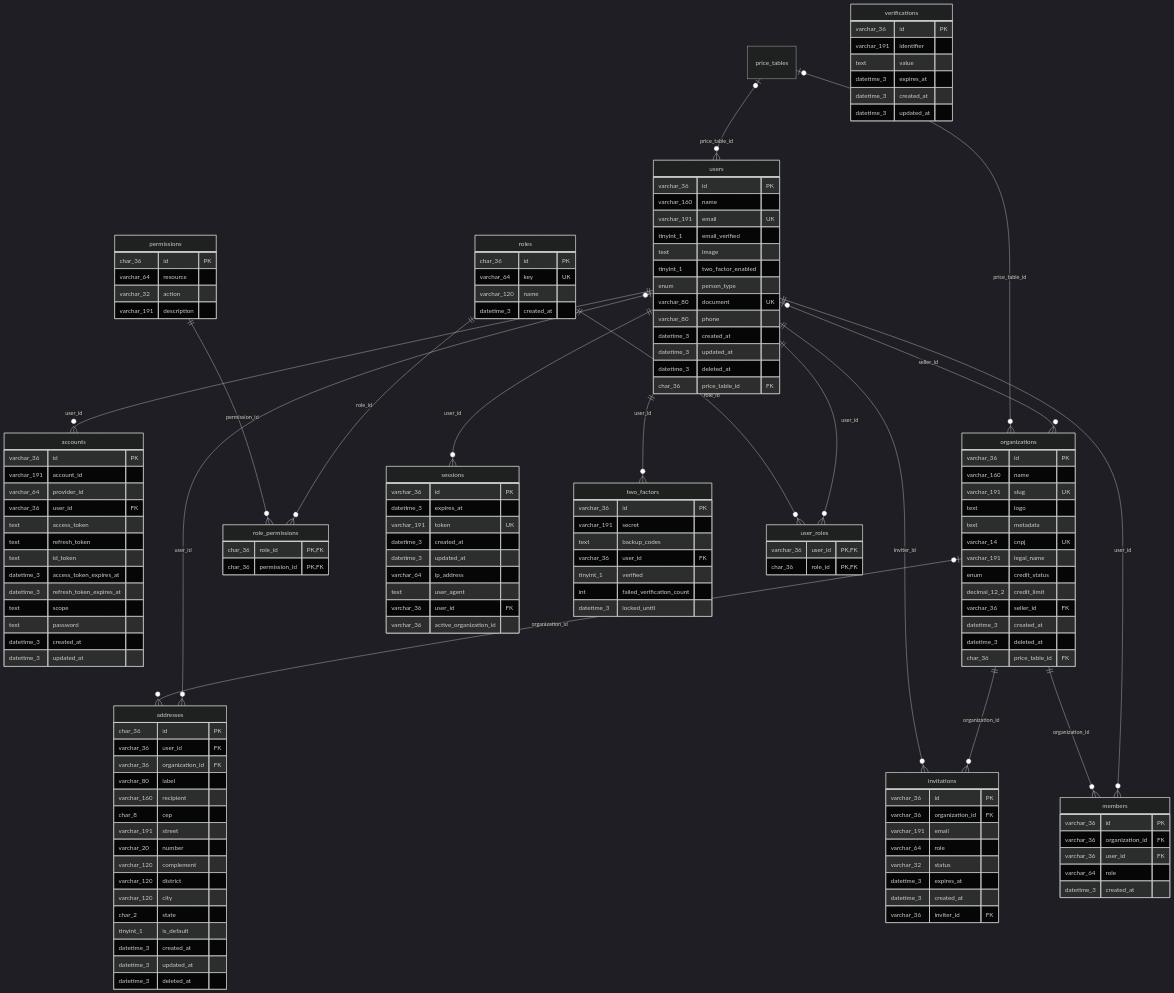
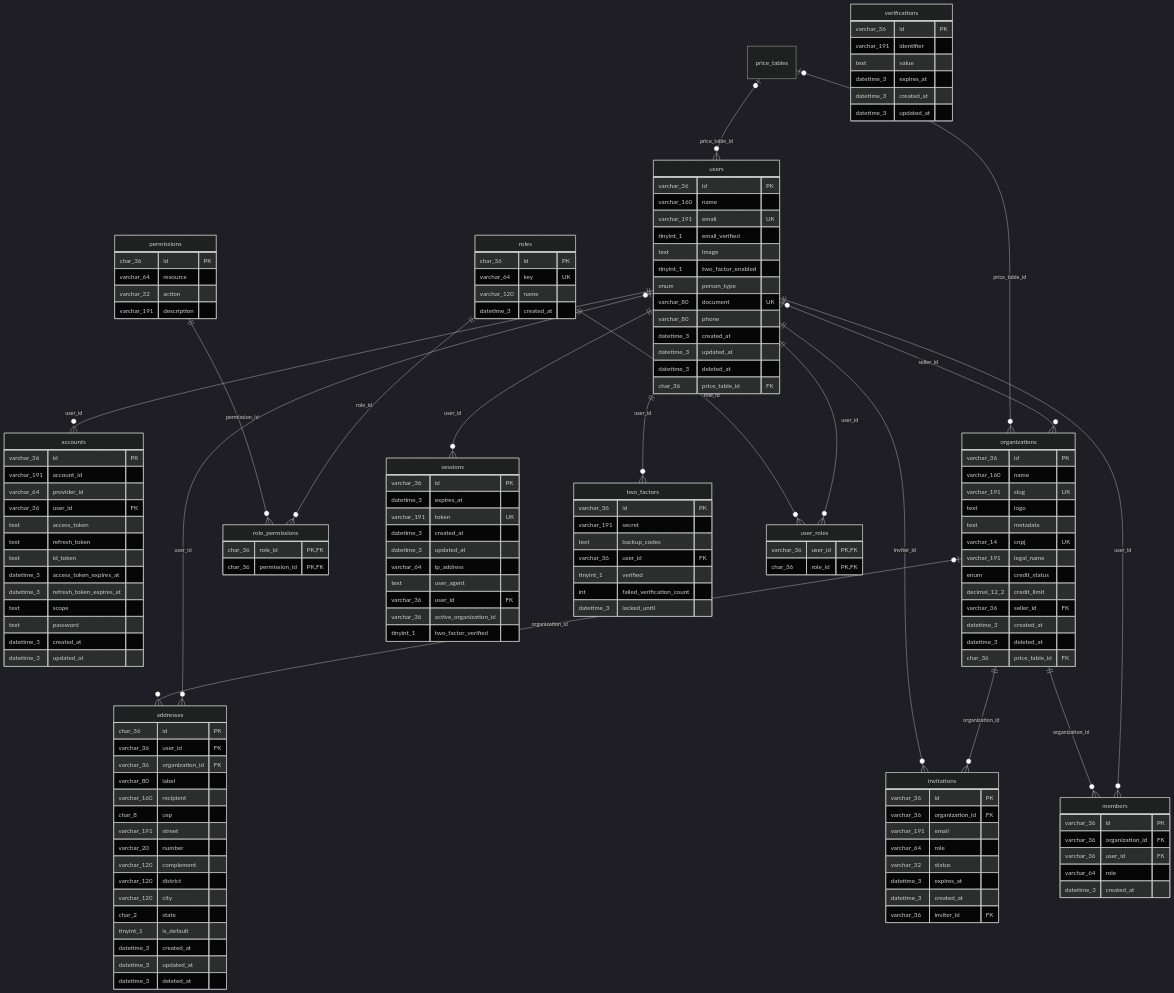
Before and after one commit to Ks7dev/Project_Senai: the first of 7 diagrams in docs/banco-de-dados/03-mer.md, drawn with Mermaid (dark theme). The commit also changed 17 other files, not shown here.

```diff
--- a/docs/banco-de-dados/03-mer.md
+++ b/docs/banco-de-dados/03-mer.md
@@ -51,6 +51,7 @@
     text user_agent
     varchar_36 user_id FK
     varchar_36 active_organization_id
+    tinyint_1 two_factor_verified
   }
   accounts {
     varchar_36 id PK
```
